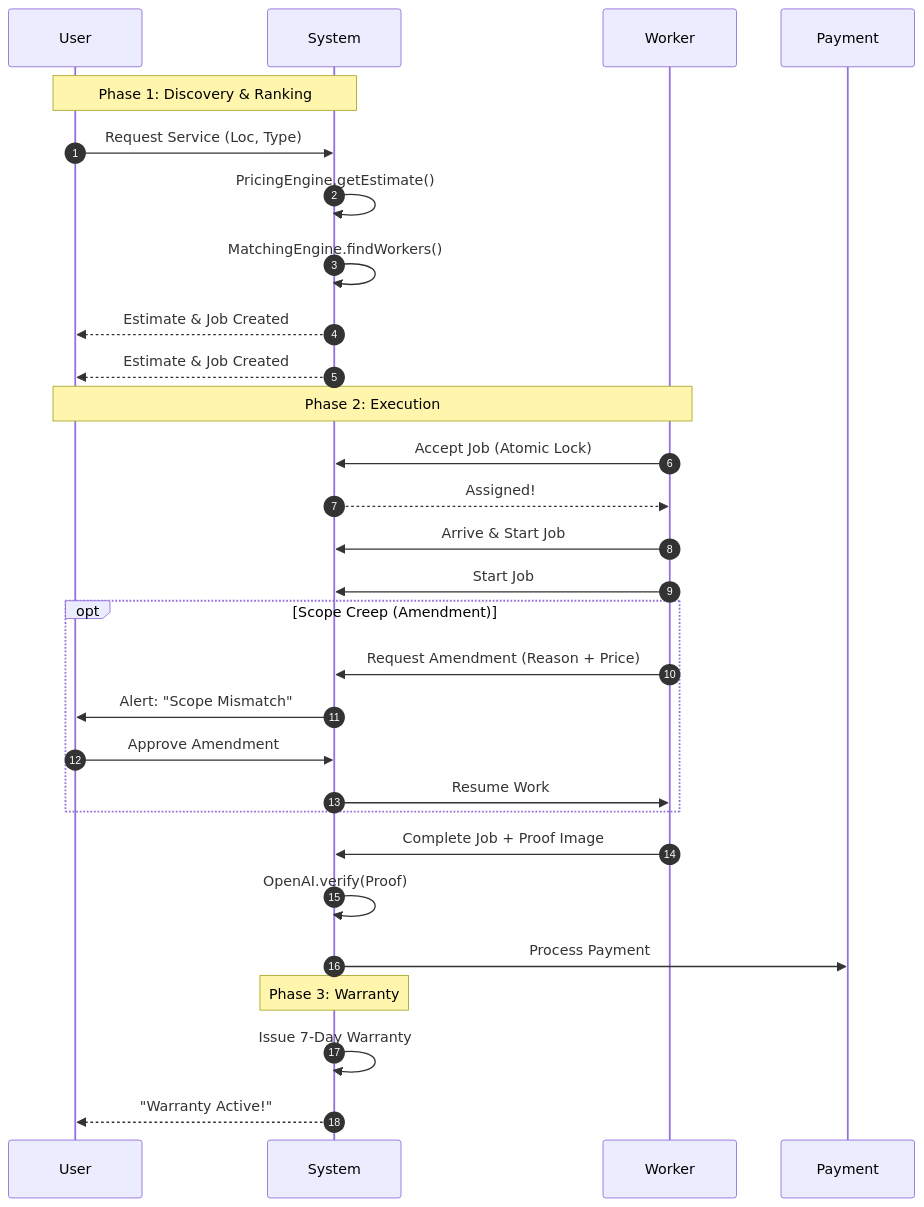
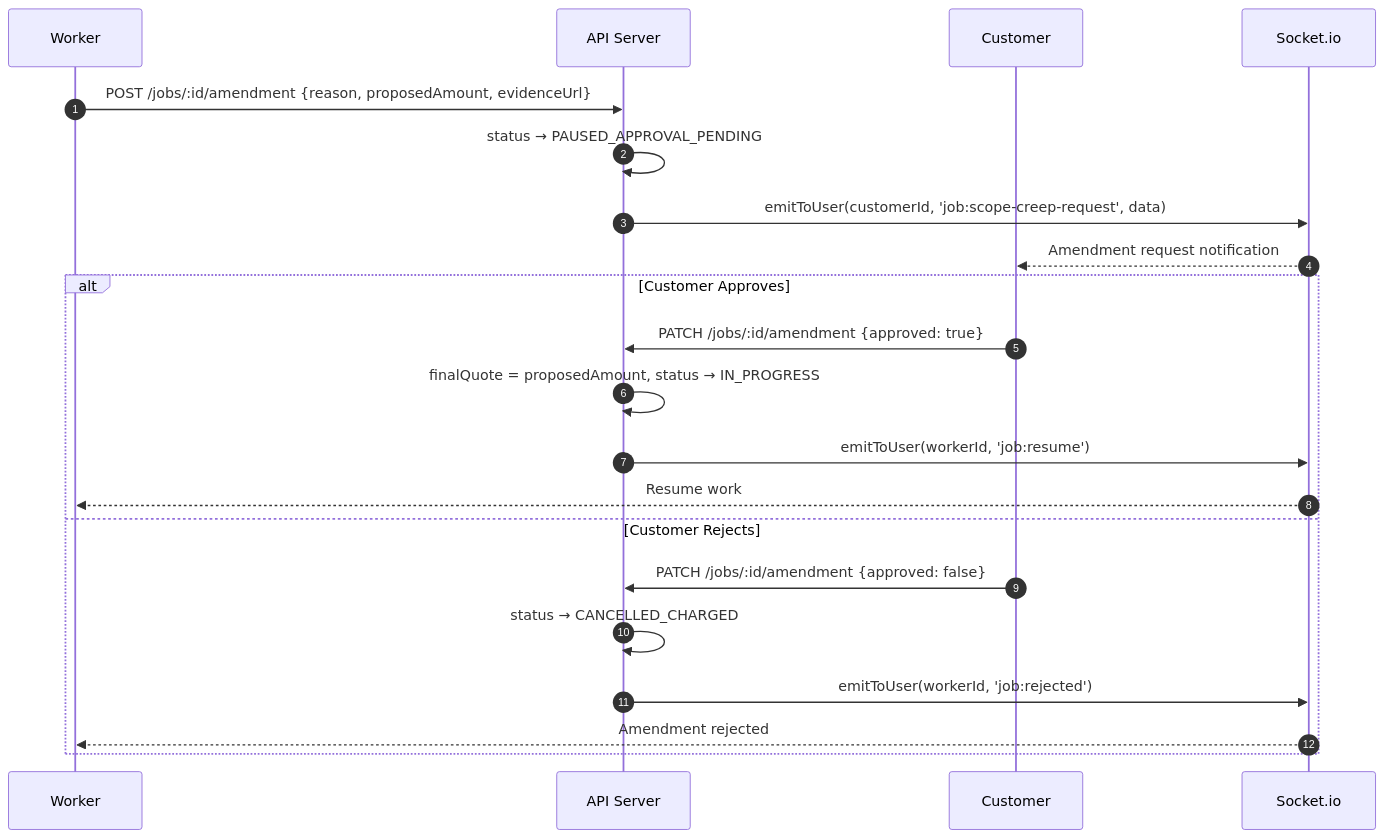
Before and after one commit to Somilg11/oddigo-v2: the fourth of 14 diagrams in docs_detailed_flows/COMBINED_APP_FLOW.md, drawn with Mermaid. The commit also changed other lines of this file and 67 other files, not shown here.

````diff
--- a/docs_detailed_flows/COMBINED_APP_FLOW.md
+++ b/docs_detailed_flows/COMBINED_APP_FLOW.md
@@ -53,37 +198,25 @@
 ```mermaid
 sequenceDiagram
     autonumber
-    participant U as User
-    participant S as System
     participant W as Worker
-    participant P as Payment
+    participant API as API Server
+    participant C as Customer
+    participant S as Socket.io
 
-    Note over U, S: Phase 1: Discovery & Ranking
-    U->>S: Request Service (Loc, Type)
-    S->>S: PricingEngine.getEstimate()
-    S->>S: MatchingEngine.findWorkers()
-    S-->>U: Estimate & Job Created
+    W->>API: POST /jobs/:id/amendment {reason, proposedAmount, evidenceUrl}
+    API->>API: status → PAUSED_APPROVAL_PENDING
+    API->>S: emitToUser(customerId, 'job:scope-creep-request', data)
+    S-->>C: Amendment request notification
 
-    S-->>U: Estimate & Job Created
-
-    Note over U, W: Phase 2: Execution
-    W->>S: Accept Job (Atomic Lock)
-    S-->>W: Assigned!
-    W->>S: Arrive & Start Job
-    W->>S: Start Job
-    
-    opt Scope Creep (Amendment)
-        W->>S: Request Amendment (Reason + Price)
-        S->>U: Alert: "Scope Mismatch"
-        U->>S: Approve Amendment
-        S->>W: Resume Work
+    alt Customer Approves
+        C->>API: PATCH /jobs/:id/amendment {approved: true}
+        API->>API: finalQuote = proposedAmount, status → IN_PROGRESS
+        API->>S: emitToUser(workerId, 'job:resume')
+        S-->>W: Resume work
+    else Customer Rejects
+        C->>API: PATCH /jobs/:id/amendment {approved: false}
+        API->>API: status → CANCELLED_CHARGED
+        API->>S: emitToUser(workerId, 'job:rejected')
+        S-->>W: Amendment rejected
     end
-    
-    W->>S: Complete Job + Proof Image
-    S->>S: OpenAI.verify(Proof)
-    S->>P: Process Payment
-    
-    Note over S: Phase 3: Warranty
-    S->>S: Issue 7-Day Warranty
-    S-->>U: "Warranty Active!"
 ```
````
